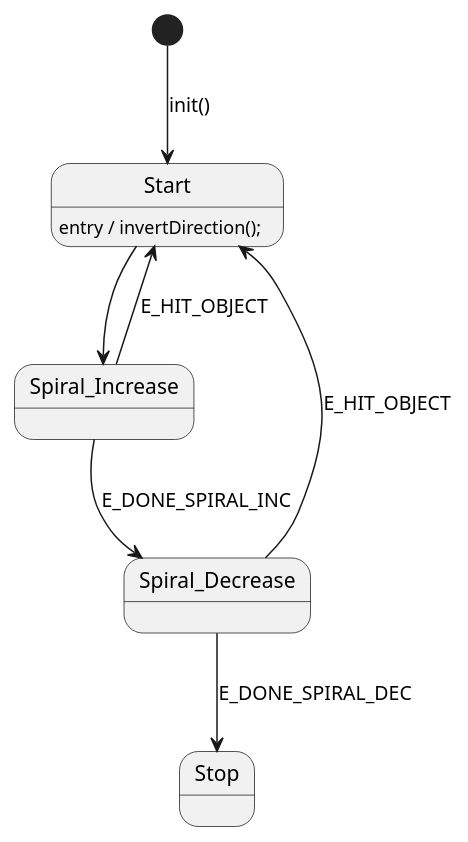
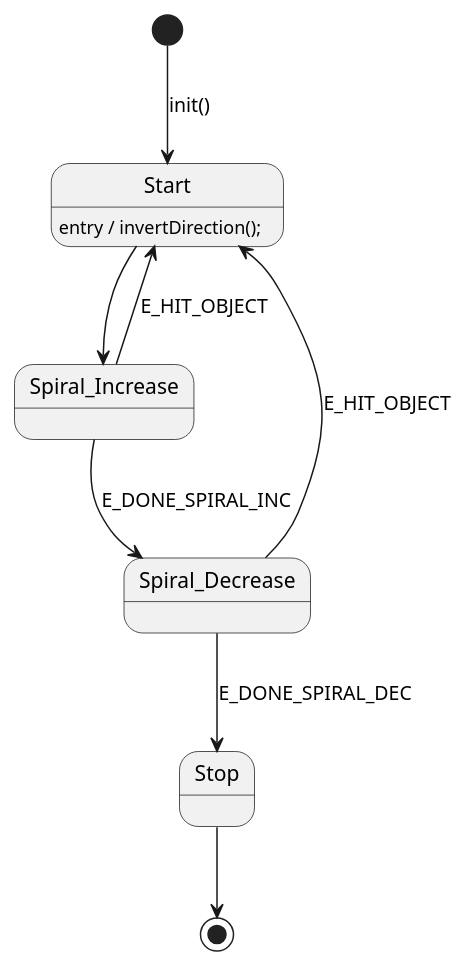
One commit to VvWijhe/Cleanify changed the diagram in UML/spot_algorithm.puml. Above: the diagram before and after it, drawn with PlantUML. The commit also changed 1 other file, not shown here.

```diff
--- a/UML/spot_algorithm.puml
+++ b/UML/spot_algorithm.puml
@@ -1,13 +1,14 @@
 @startuml
 [*] --> Start: init()
 Start: entry / invertDirection();
 
 Start --> Spiral_Increase
 Spiral_Increase--> Spiral_Decrease: E_DONE_SPIRAL_INC
 Spiral_Increase --> Start: E_HIT_OBJECT
 
 Spiral_Decrease --> Start: E_HIT_OBJECT
 Spiral_Decrease --> Stop: E_DONE_SPIRAL_DEC
+Stop --> [*]
 
 
 @enduml
```
